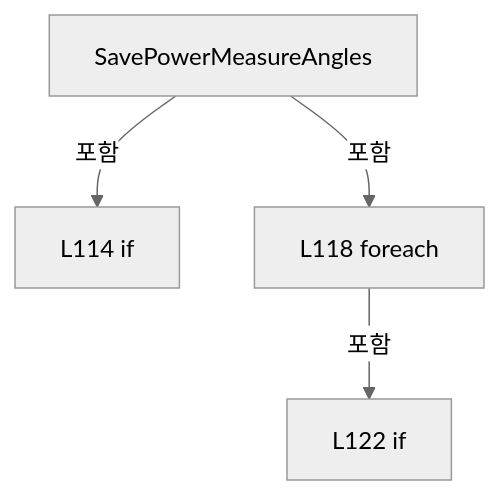
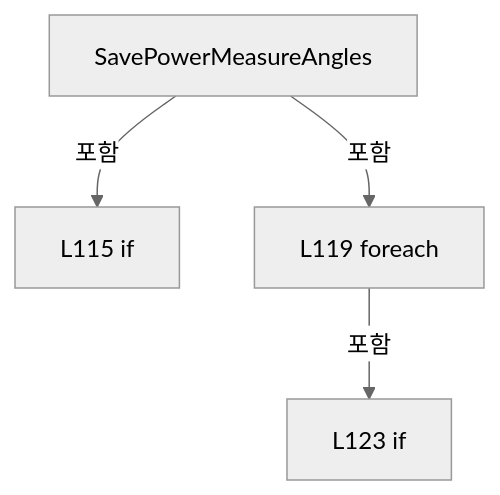
One commit to kjuws10-rgb/Shared changed the fifth of 18 diagrams in A3 LD Code Ref/files/Drilling.Common/Managers/CRecipeManager.cs.md. Above: the diagram before and after it, drawn with Mermaid (neutral theme). The commit also changed other lines of this file and 2071 other files, not shown here.

Commit message:
docs(a3): update 11.19.0 architecture and code reference

````diff
--- a/A3 LD Code Ref/files/Drilling.Common/Managers/CRecipeManager.cs.md
+++ b/A3 LD Code Ref/files/Drilling.Common/Managers/CRecipeManager.cs.md
@@ -850,10 +851,10 @@
 ```mermaid
 flowchart TD
  M["SavePowerMeasureAngles"]
- N0["L114 if"]
+ N0["L115 if"]
  M -->|포함| N0
- N1["L118 foreach"]
+ N1["L119 foreach"]
  M -->|포함| N1
- N2["L122 if"]
+ N2["L123 if"]
  N1 -->|포함| N2
 ```
````
